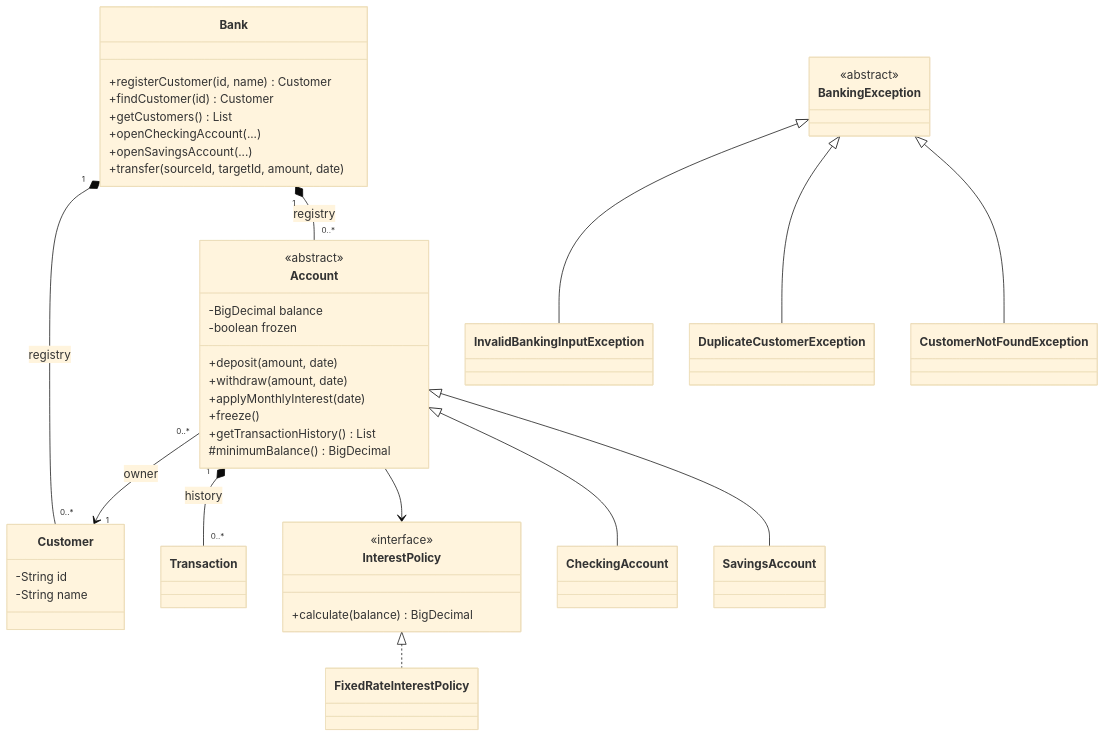
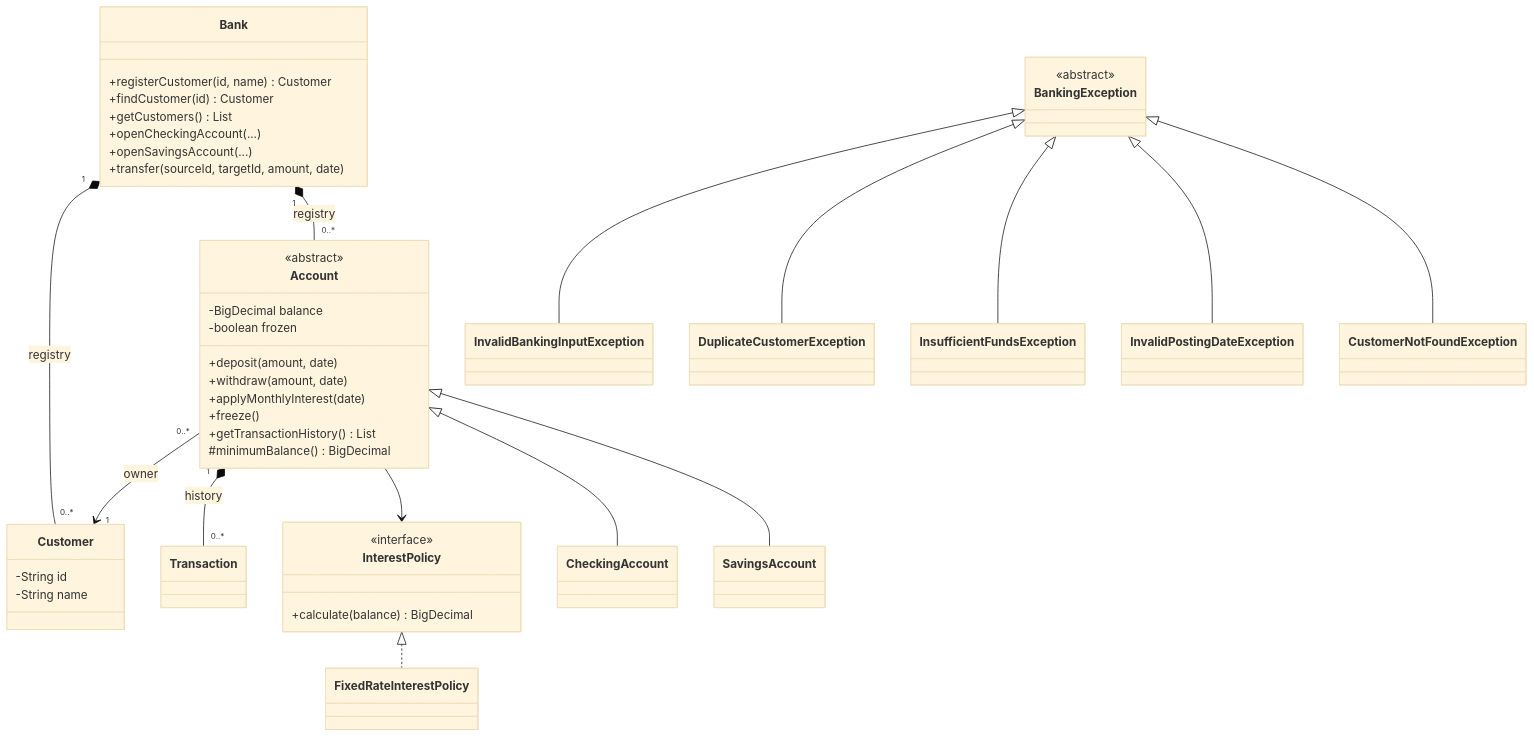
Before and after one commit to Mo3azGad/banking-management-system: the diagram in docs/proposed-uml.mmd, drawn with Mermaid (base theme). The commit also changed 15 other files, not shown here.

Commit message:
Implement dated account deposits withdrawals and immutable history

```diff
--- a/docs/proposed-uml.mmd
+++ b/docs/proposed-uml.mmd
@@ -1,50 +1,54 @@
 classDiagram
-  %% PROPOSED final design. Account models exist in milestone 2; posting methods/policies are still planned.
+  %% PROPOSED final design. Milestone 3 has deposits/withdrawals/history; transfers, freezing and interest remain planned.
   class Bank {
     +registerCustomer(id, name) Customer
     +findCustomer(id) Customer
     +getCustomers() List
     +openCheckingAccount(...)
     +openSavingsAccount(...)
     +transfer(sourceId, targetId, amount, date)
   }
   class Customer {
     -String id
     -String name
   }
   class Account {
     <<abstract>>
     -BigDecimal balance
     -boolean frozen
     +deposit(amount, date)
     +withdraw(amount, date)
     +applyMonthlyInterest(date)
     +freeze()
     +getTransactionHistory() List
     #minimumBalance() BigDecimal
   }
   class CheckingAccount
   class SavingsAccount
   class Transaction
   class InterestPolicy {
     <<interface>>
     +calculate(balance) BigDecimal
   }
   class FixedRateInterestPolicy
   class BankingException {
     <<abstract>>
   }
   class InvalidBankingInputException
   class DuplicateCustomerException
   class CustomerNotFoundException
+  class InsufficientFundsException
+  class InvalidPostingDateException
   Bank "1" *-- "0..*" Customer : registry
   Bank "1" *-- "0..*" Account : registry
   Account "0..*" --> "1" Customer : owner
   Account "1" *-- "0..*" Transaction : history
   Account --> InterestPolicy
   Account <|-- CheckingAccount
   Account <|-- SavingsAccount
   InterestPolicy <|.. FixedRateInterestPolicy
   BankingException <|-- InvalidBankingInputException
   BankingException <|-- DuplicateCustomerException
+  BankingException <|-- InsufficientFundsException
+  BankingException <|-- InvalidPostingDateException
   BankingException <|-- CustomerNotFoundException
```
